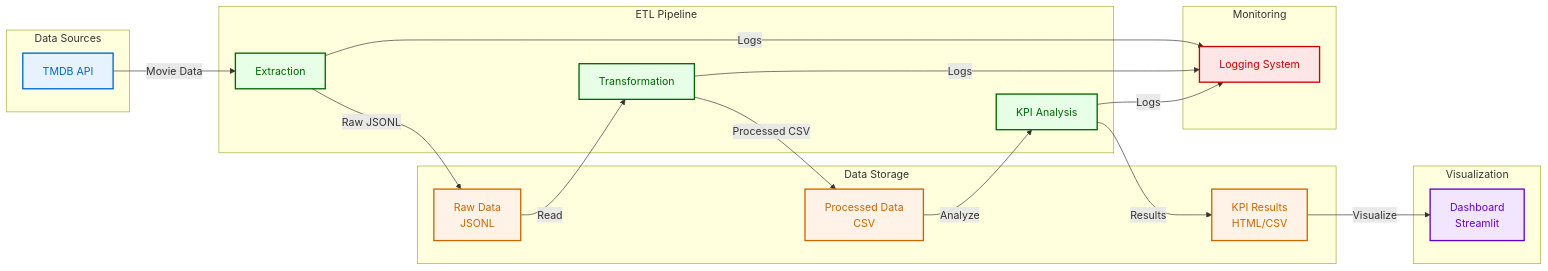
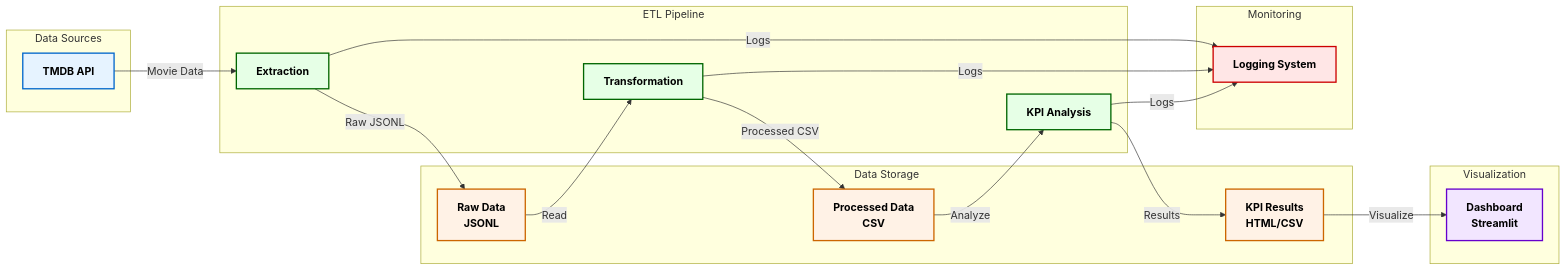
One commit to nuelwhite/Data-Engineering-Portfolio changed the diagram in readme.md. Above: the diagram before and after it, drawn with Mermaid.

Commit message:
Update: Update system architecture diagram
Add new theme, and fix font boldness and size

````diff
--- a/readme.md
+++ b/readme.md
@@ -28,55 +28,55 @@
 ```mermaid
-%%{init: {'width': '160%', 'height': '160%'}}%%
+%%{init: {'theme': 'default', 'themeVariables': {'fontSize': '16px'}, 'flowchart': {'width': '160%', 'height': '500%'}}}%%
 graph LR
     subgraph "Data Sources"
         API[TMDB API]
     end
 
     subgraph "ETL Pipeline"
         E[Extraction]
         T[Transformation]
         K[KPI Analysis]
     end
 
     subgraph "Data Storage"
         R[Raw Data<br/>JSONL]
         P[Processed Data<br/>CSV]
         KP[KPI Results<br/>HTML/CSV]
     end
 
     subgraph "Visualization"
         D[Dashboard<br/>Streamlit]
     end
 
     subgraph "Monitoring"
         L[Logging System]
     end
 
     %% Data Flow
     API -->|Movie Data| E
     E -->|Raw JSONL| R
     R -->|Read| T
     T -->|Processed CSV| P
     P -->|Analyze| K
     K -->|Results| KP
     KP -->|Visualize| D
 
     %% Logging
     E -->|Logs| L
     T -->|Logs| L
     K -->|Logs| L
 
     %% Styling
-    classDef source fill:#e6f3ff,stroke:#0066cc,stroke-width:2px,color:#0066cc
-    classDef process fill:#e6ffe6,stroke:#006600,stroke-width:2px,color:#006600
-    classDef storage fill:#fff2e6,stroke:#cc6600,stroke-width:2px,color:#cc6600
-    classDef viz fill:#f2e6ff,stroke:#6600cc,stroke-width:2px,color:#6600cc
-    classDef monitor fill:#ffe6e6,stroke:#cc0000,stroke-width:2px,color:#cc0000
-    classDef default fill:#ffffff,stroke:#333333,stroke-width:1px,color:#333333
+    classDef source fill:#e6f3ff,stroke:#0066cc,stroke-width:2px,color:#000000,font-weight:bold
+    classDef process fill:#e6ffe6,stroke:#006600,stroke-width:2px,color:#000000,font-weight:bold
+    classDef storage fill:#fff2e6,stroke:#cc6600,stroke-width:2px,color:#000000,font-weight:bold
+    classDef viz fill:#f2e6ff,stroke:#6600cc,stroke-width:2px,color:#000000,font-weight:bold
+    classDef monitor fill:#ffe6e6,stroke:#cc0000,stroke-width:2px,color:#000000,font-weight:bold
+    classDef default fill:#ffffff,stroke:#333333,stroke-width:1px,color:#000000,font-weight:bold
 
     class API source
     class E,T,K process
     class R,P,KP storage
     class D viz
     class L monitor
 ```
````
